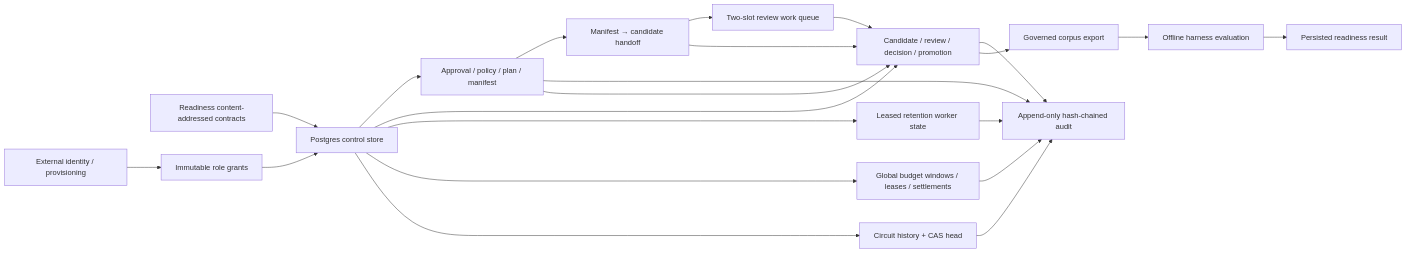
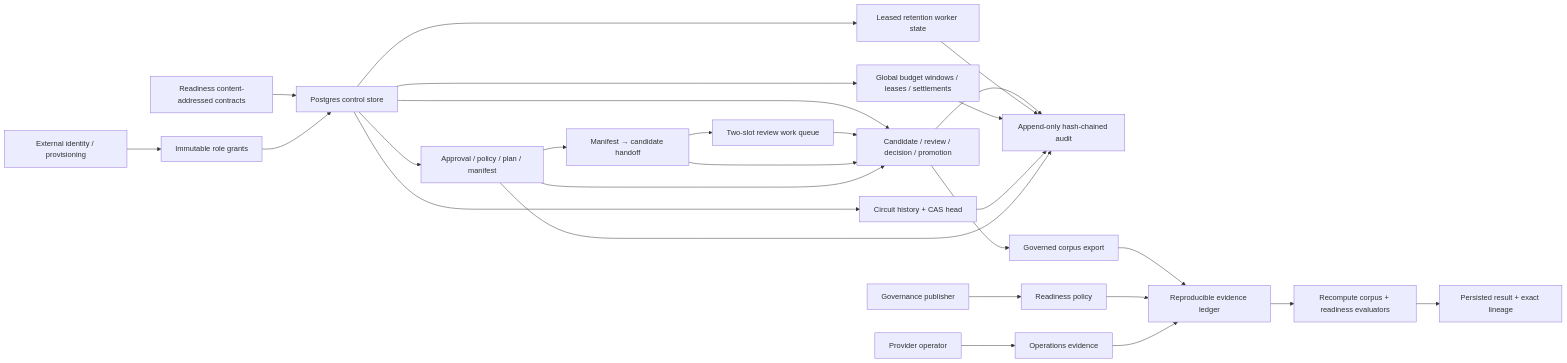
Before and after one commit to spencer17x/xxyy-ask: the diagram in docs/evm-chain-analysis-control-store.md, drawn with Mermaid. The commit also changed other lines of this file and 16 other files, not shown here.

Commit message:
feat: add reproducible readiness evidence ledger

````diff
--- a/docs/evm-chain-analysis-control-store.md
+++ b/docs/evm-chain-analysis-control-store.md
@@ -19,24 +19,29 @@
 ```mermaid
 flowchart LR
   Contract["Readiness content-addressed contracts"] --> Store["Postgres control store"]
   Identity["External identity / provisioning"] --> Grant["Immutable role grants"]
   Grant --> Store
   Store --> Sampling["Approval / policy / plan / manifest"]
   Sampling --> Handoff["Manifest → candidate handoff"]
   Handoff --> ReviewQueue["Two-slot review work queue"]
   Store --> Governance["Candidate / review / decision / promotion"]
   ReviewQueue --> Governance
   Handoff --> Governance
   Store --> Retention["Leased retention worker state"]
   Store --> Budget["Global budget windows / leases / settlements"]
   Store --> Circuit["Circuit history + CAS head"]
   Governance --> Audit["Append-only hash-chained audit"]
   Retention --> Audit
   Budget --> Audit
   Circuit --> Audit
   Sampling --> Audit
   Sampling --> Governance
   Governance --> Export["Governed corpus export"]
-  Export --> Harness["Offline harness evaluation"]
-  Harness --> Attestation["Persisted readiness result"]
+  Publisher["Governance publisher"] --> Policy["Readiness policy"]
+  Operator["Provider operator"] --> Ops["Operations evidence"]
+  Export --> Ledger["Reproducible evidence ledger"]
+  Policy --> Ledger
+  Ops --> Ledger
+  Ledger --> Harness["Recompute corpus + readiness evaluators"]
+  Harness --> Attestation["Persisted result + exact lineage"]
 ```
````
